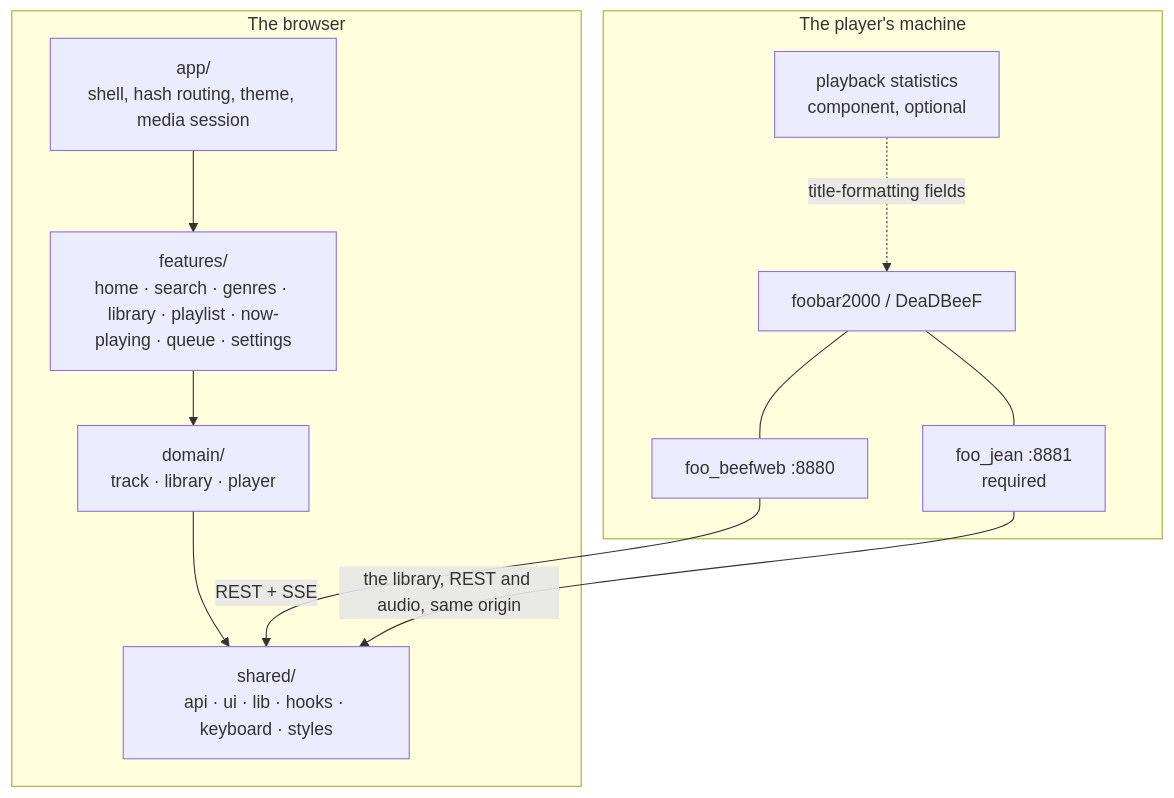
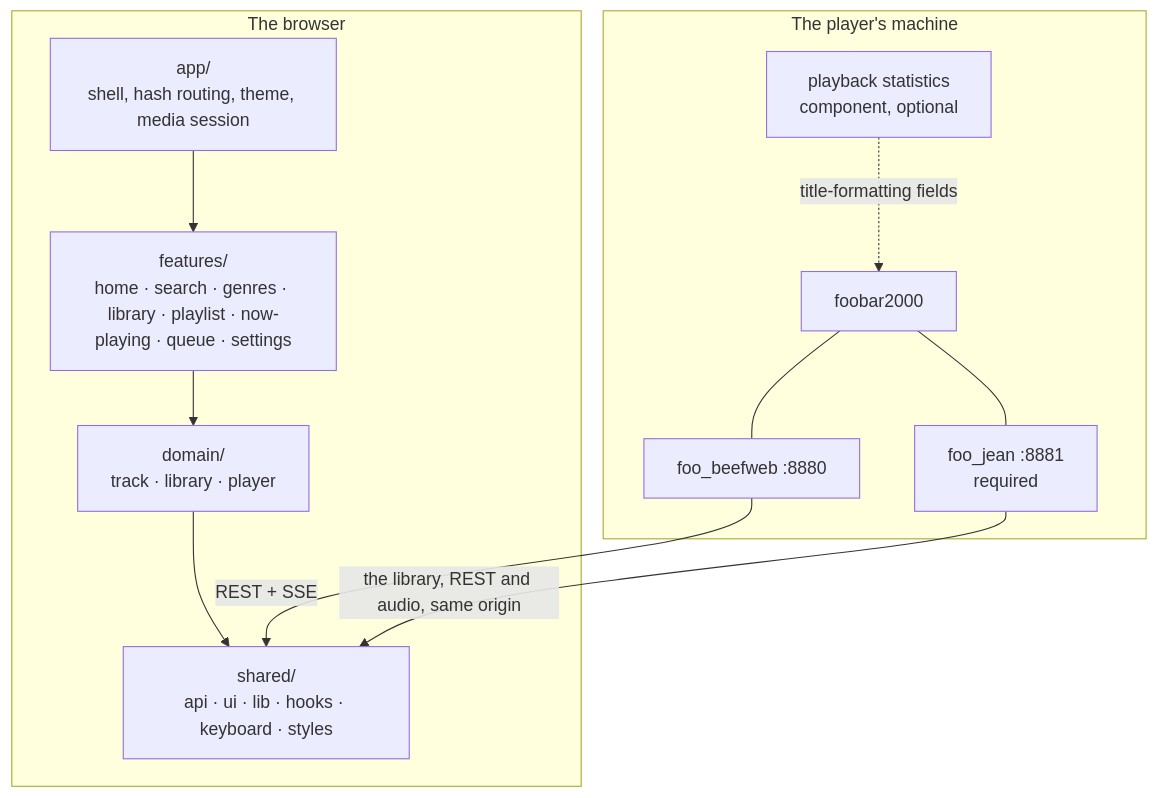
Before and after one commit to enrique-ramirez/jean: the first of 2 diagrams in ui/ARCHITECTURE.md, drawn with Mermaid. The commit also changed other lines of this file and 9 other files, not shown here.

````diff
--- a/ui/ARCHITECTURE.md
+++ b/ui/ARCHITECTURE.md
@@ -9,25 +9,25 @@
 ```mermaid
 flowchart TB
   subgraph machine["The player's machine"]
-    fb["foobar2000 / DeaDBeeF"]
+    fb["foobar2000"]
     bw["foo_beefweb :8880"]
     fj["foo_jean :8881<br/>required"]
     stats["playback statistics<br/>component, optional"]
     fb --- bw
     fb --- fj
     stats -.->|title-formatting fields| fb
   end
 
   subgraph browser["The browser"]
     app["app/<br/>shell, hash routing, theme, media session"]
     features["features/<br/>home · search · genres · library · playlist · now-playing · queue · settings"]
     domain["domain/<br/>track · library · player"]
     shared["shared/<br/>api · ui · lib · hooks · keyboard · styles"]
     app --> features
     features --> domain
     domain --> shared
   end
 
   bw -->|"REST + SSE"| shared
   fj -->|"the library, REST and audio, same origin"| shared
 ```
````
